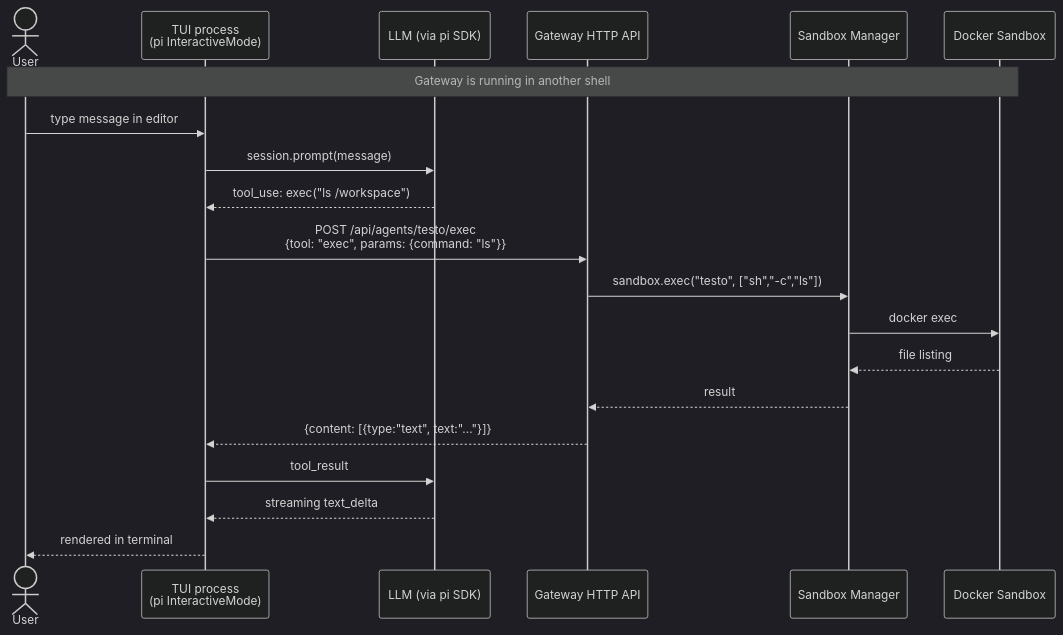
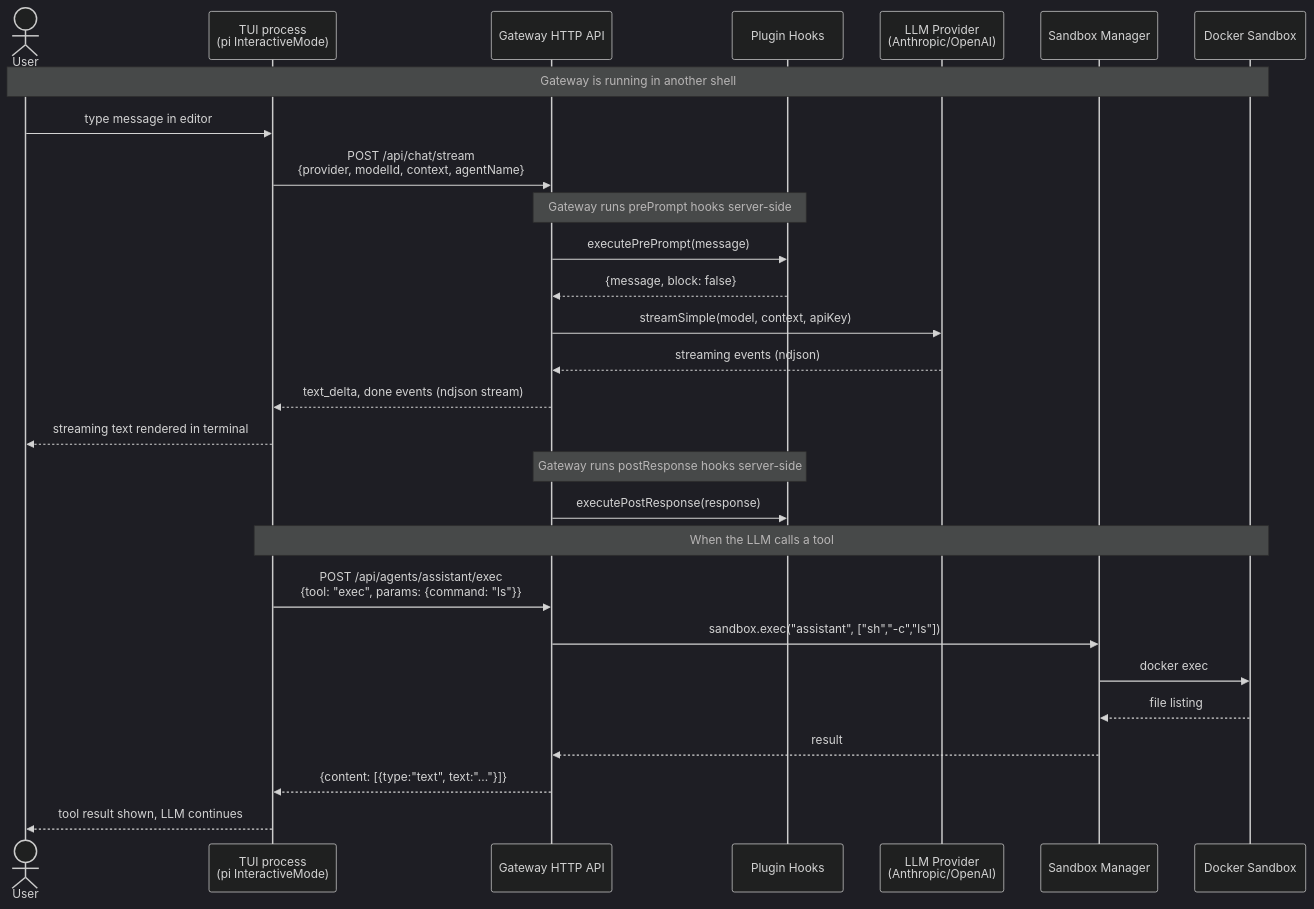
The eighth of 12 diagrams in docs/gateway/request-flows.mdx (matthias-hausberger/beige), drawn with Mermaid (dark theme) before and after one commit. The commit also changed other lines of this file, not shown here.

First line of the commit message:
docs: fix TUI flow diagram and add LLM proxy sequence

````diff
--- a/docs/gateway/request-flows.mdx
+++ b/docs/gateway/request-flows.mdx
@@ -244,26 +244,40 @@
 ```mermaid
 sequenceDiagram
     actor User
     participant TUI as TUI process<br/>(pi InteractiveMode)
-    participant LLM as LLM (via pi SDK)
     participant API as Gateway HTTP API
+    participant HOOKS as Plugin Hooks
+    participant LLM as LLM Provider<br/>(Anthropic/OpenAI)
     participant SM as Sandbox Manager
     participant SB as Docker Sandbox
 
     Note over User,SB: Gateway is running in another shell
 
     User->>TUI: type message in editor
-    TUI->>LLM: session.prompt(message)
-    LLM-->>TUI: tool_use: exec("ls /workspace")
+    TUI->>API: POST /api/chat/stream<br/>{provider, modelId, context, agentName}
 
-    TUI->>API: POST /api/agents/testo/exec<br/>{tool: "exec", params: {command: "ls"}}
-    API->>SM: sandbox.exec("testo", ["sh","-c","ls"])
+    Note over API,HOOKS: Gateway runs prePrompt hooks server-side
+
+    API->>HOOKS: executePrePrompt(message)
+    HOOKS-->>API: {message, block: false}
+
+    API->>LLM: streamSimple(model, context, apiKey)
+    LLM-->>API: streaming events (ndjson)
+    API-->>TUI: text_delta, done events (ndjson stream)
+    TUI-->>User: streaming text rendered in terminal
+
+    Note over API,HOOKS: Gateway runs postResponse hooks server-side
+
+    API->>HOOKS: executePostResponse(response)
+
+    Note over TUI,SB: When the LLM calls a tool
+
+    TUI->>API: POST /api/agents/assistant/exec<br/>{tool: "exec", params: {command: "ls"}}
+    API->>SM: sandbox.exec("assistant", ["sh","-c","ls"])
     SM->>SB: docker exec
     SB-->>SM: file listing
     SM-->>API: result
     API-->>TUI: {content: [{type:"text", text:"..."}]}
 
-    TUI->>LLM: tool_result
-    LLM-->>TUI: streaming text_delta
-    TUI-->>User: rendered in terminal
+    TUI-->>User: tool result shown, LLM continues
 ```
````
